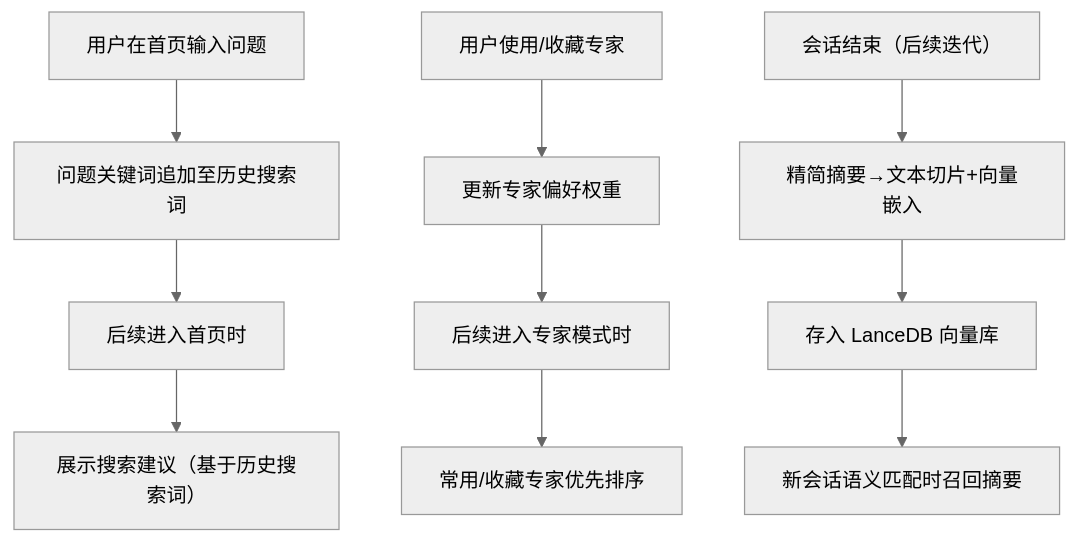
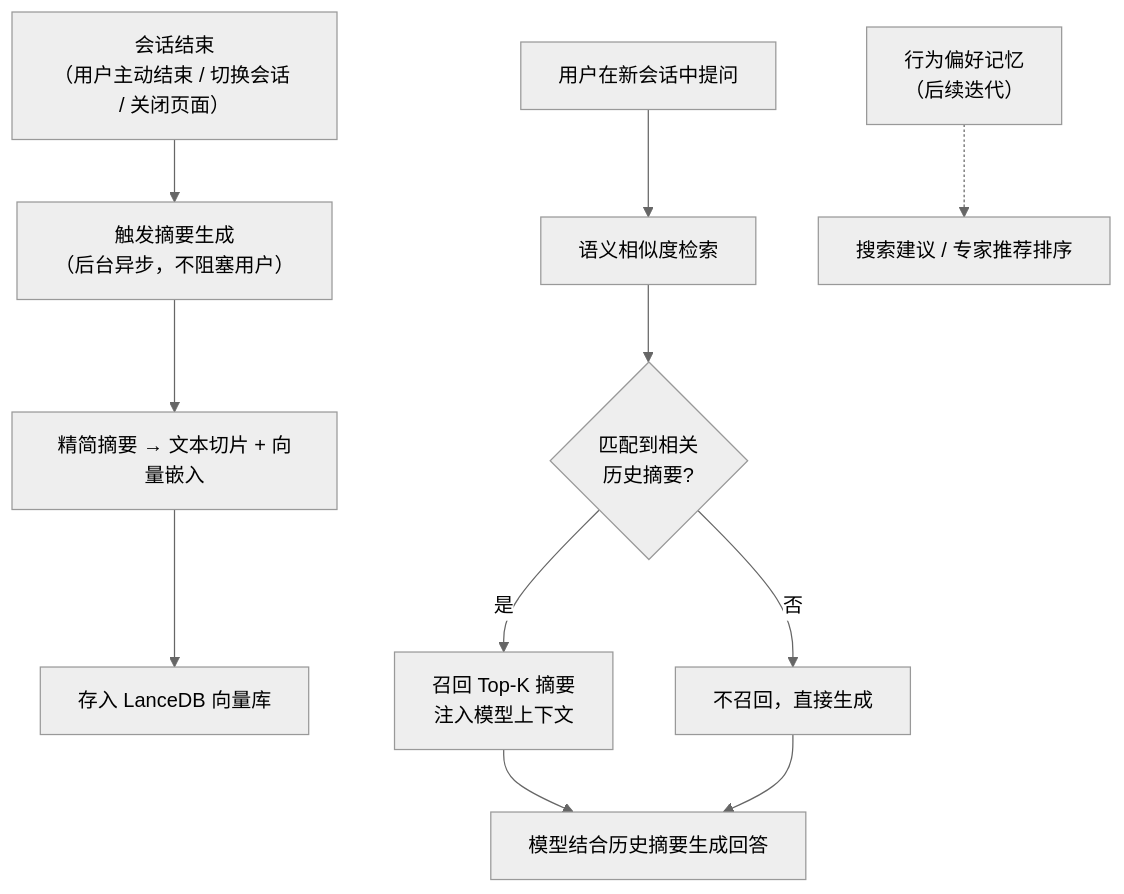
Before and after one commit to fri555/PORTL: the tenth of 19 diagrams in docs/需求文档/20260709-【PRD】AI工作台-首页智能体-天马智擎.md, drawn with Mermaid (neutral theme). The commit also changed other lines of this file, not shown here.

Commit message:
[docs/PRD] 跨会话记忆优先级调换：对话摘要向量记忆(LanceDB)→MVP，行为偏好记忆(用户画像)→后续迭代

````diff
--- a/docs/需求文档/20260709-【PRD】AI工作台-首页智能体-天马智擎.md
+++ b/docs/需求文档/20260709-【PRD】AI工作台-首页智能体-天马智擎.md
@@ -762,12 +764,13 @@
 ```mermaid
 flowchart TD
-    A["用户在首页输入问题"] --> B["问题关键词追加至历史搜索词"]
-    B --> C["后续进入首页时"]
-    C --> D["展示搜索建议（基于历史搜索词）"]
-    E["用户使用/收藏专家"] --> F["更新专家偏好权重"]
-    F --> G["后续进入专家模式时"]
-    G --> H["常用/收藏专家优先排序"]
-    I["会话结束（后续迭代）"] --> J["精简摘要→文本切片+向量嵌入"]
-    J --> K["存入 LanceDB 向量库"]
-    K --> L["新会话语义匹配时召回摘要"]
+    A["会话结束<br/>（用户主动结束 / 切换会话 / 关闭页面）"] --> B["触发摘要生成<br/>（后台异步，不阻塞用户）"]
+    B --> C["精简摘要 → 文本切片 + 向量嵌入"]
+    C --> D["存入 LanceDB 向量库"]
+    E["用户在新会话中提问"] --> F["语义相似度检索"]
+    F --> G{"匹配到相关<br/>历史摘要?"}
+    G -->|"是"| H["召回 Top-K 摘要<br/>注入模型上下文"]
+    G -->|"否"| I["不召回，直接生成"]
+    H --> J["模型结合历史摘要生成回答"]
+    I --> J
+    K["行为偏好记忆<br/>（后续迭代）"] -.-> L["搜索建议 / 专家推荐排序"]
 ```
````
